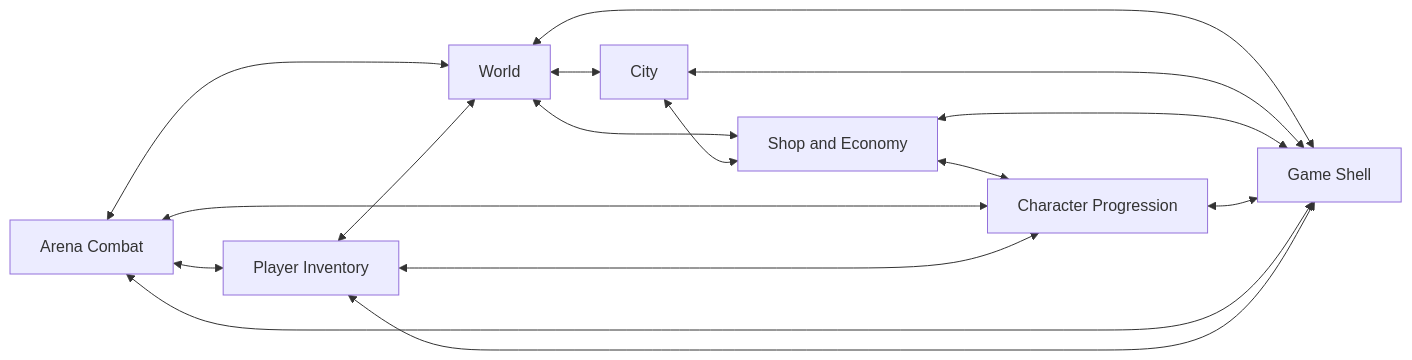
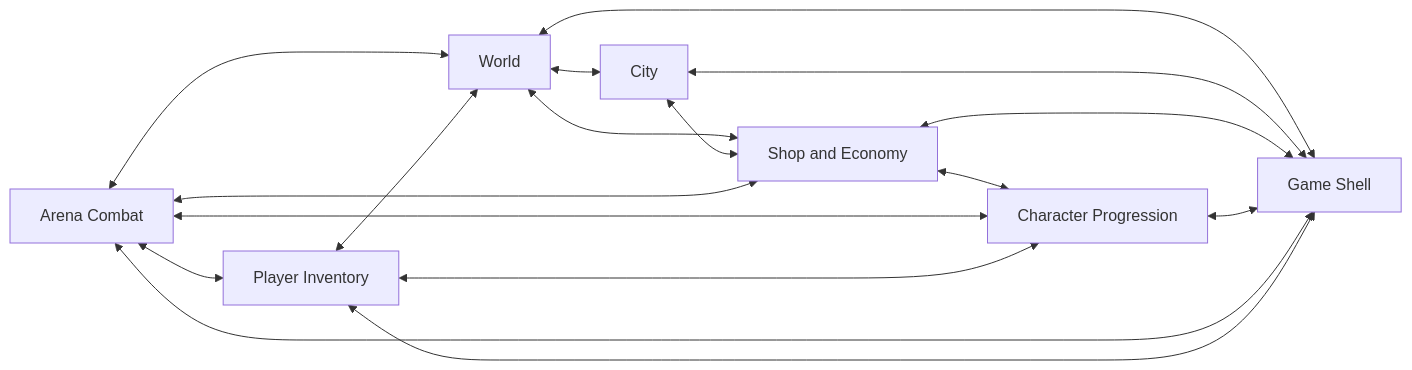
Before and after one commit to lukin-io/mmorpg: the diagram in doc/features/README.md, drawn with Mermaid. The commit also changed other lines of this file and 86 other files, not shown here.

````diff
--- a/doc/features/README.md
+++ b/doc/features/README.md
@@ -141,18 +141,19 @@
 ```mermaid
 flowchart LR
     World["World"] <--> City["City"]
     World <--> Shell["Game Shell"]
     World <--> Shop["Shop and Economy"]
     City <--> Shell
     City <--> Shop
     Shop <--> Shell
     Shop <--> Progression["Character Progression"]
     Progression <--> Shell
     Arena["Arena Combat"] <--> World
     Arena <--> Shell
     Arena <--> Progression
     Arena <--> Inventory["Player Inventory"]
+    Arena <--> Shop
     Inventory <--> World
     Inventory <--> Shell
     Inventory <--> Progression
 ```
````
